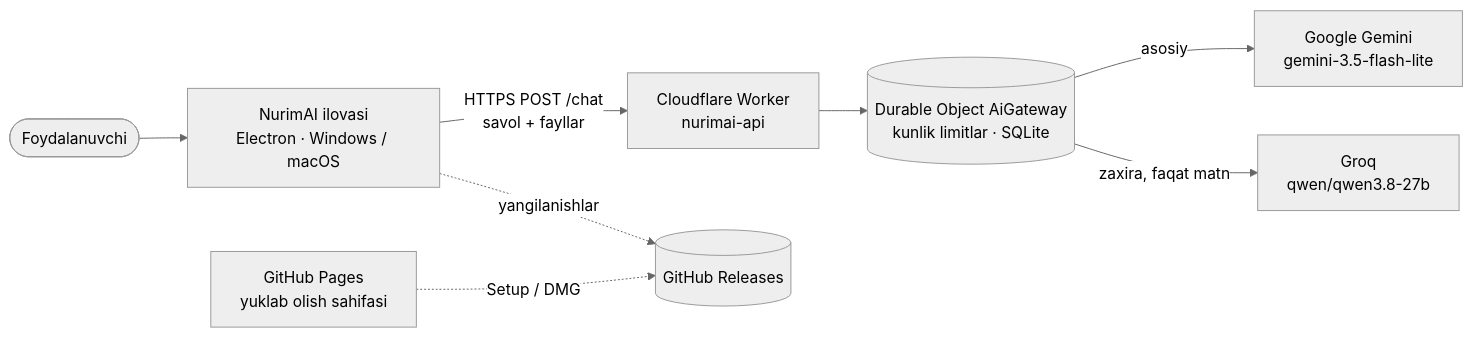
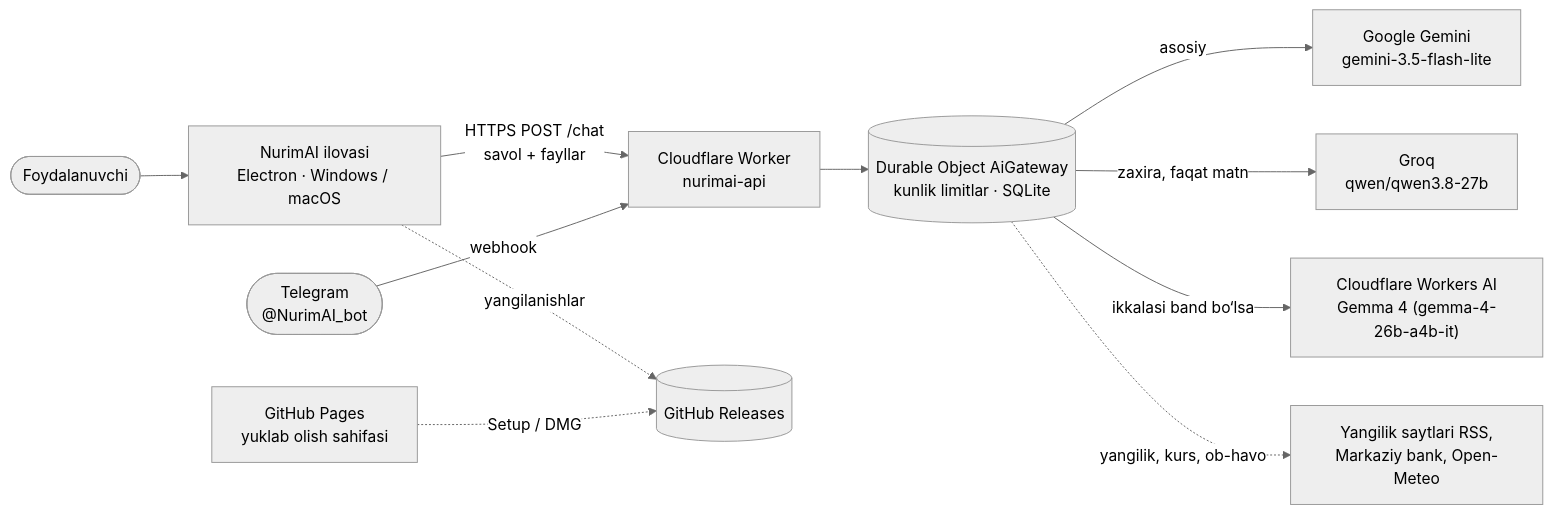
One commit to Ux7umid7/NurimAI changed the diagram in HAQIDA.md. Above: the diagram before and after it, drawn with Mermaid (neutral theme). The commit also changed other lines of this file and 2 other files, not shown here.

````diff
--- a/HAQIDA.md
+++ b/HAQIDA.md
@@ -95,10 +98,13 @@
 ```mermaid
 flowchart LR
     U([Foydalanuvchi]) --> A["NurimAI ilovasi<br/>Electron · Windows / macOS"]
     A -- "HTTPS POST /chat<br/>savol + fayllar" --> W["Cloudflare Worker<br/>nurimai-api"]
     W --> D[("Durable Object AiGateway<br/>kunlik limitlar · SQLite")]
     D -- "asosiy" --> G["Google Gemini<br/>gemini-3.5-flash-lite"]
     D -- "zaxira, faqat matn" --> Q["Groq<br/>qwen/qwen3.8-27b"]
+    D -- "ikkalasi band bo‘lsa" --> C["Cloudflare Workers AI<br/>Gemma 4 (gemma-4-26b-a4b-it)"]
+    D -. "yangilik, kurs, ob-havo" .-> N["Yangilik saytlari RSS,<br/>Markaziy bank, Open-Meteo"]
+    T(["Telegram<br/>@NurimAI_bot"]) -- "webhook" --> W
     A -. "yangilanishlar" .-> R[("GitHub Releases")]
     P["GitHub Pages<br/>yuklab olish sahifasi"] -. "Setup / DMG" .-> R
 ```
````
